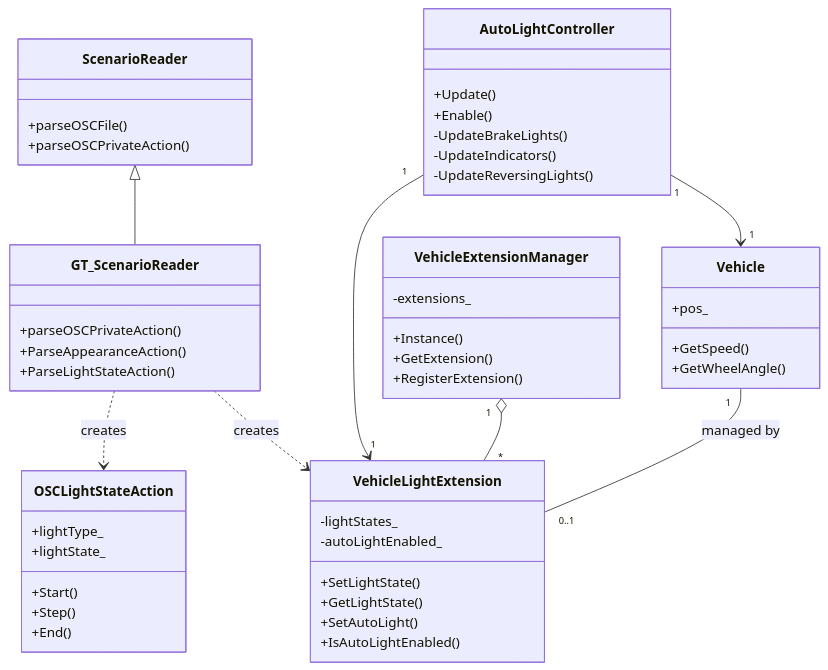
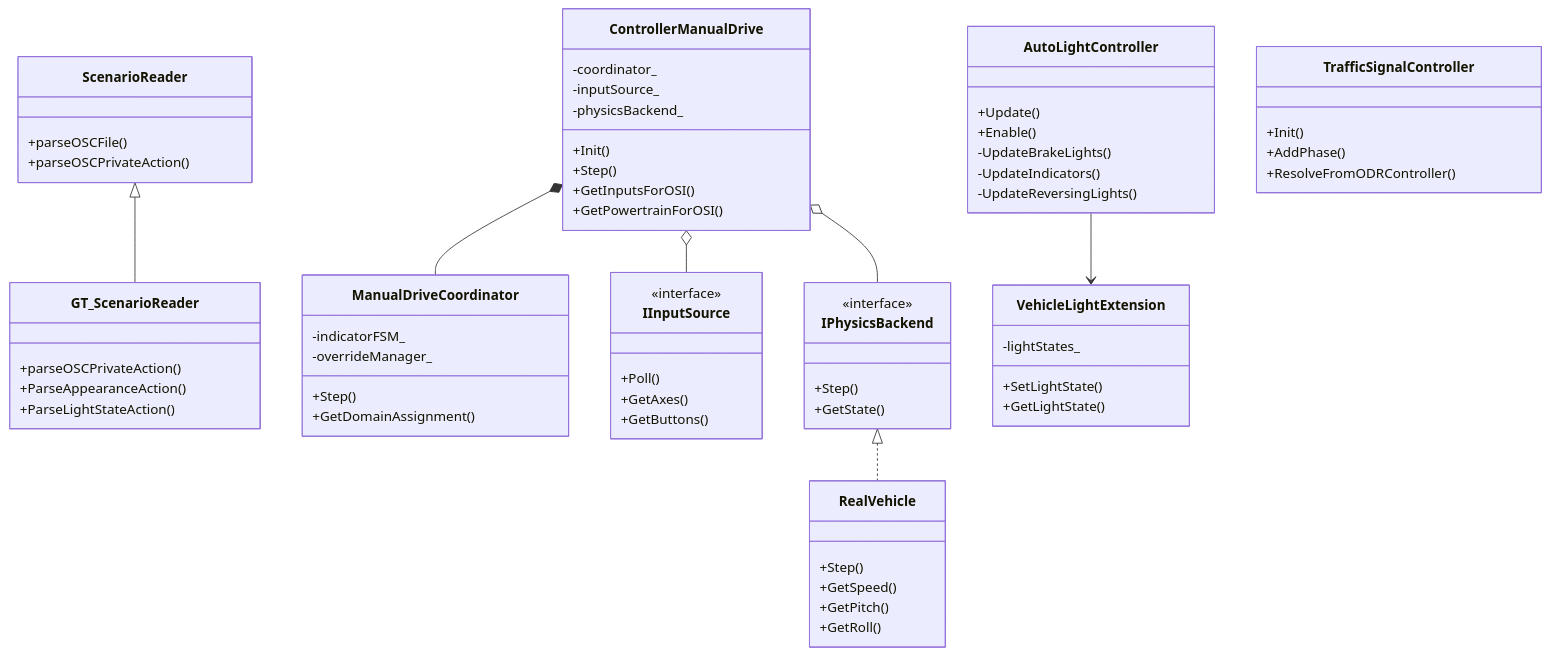
One commit to GT-karny/esmini changed the diagram in GT_esmini/docs/reference/architecture.md. Above: the diagram before and after it, drawn with Mermaid. The commit also changed other lines of this file and 8 other files, not shown here.

````diff
--- a/GT_esmini/docs/reference/architecture.md
+++ b/GT_esmini/docs/reference/architecture.md
@@ -145,59 +183,77 @@
 ```mermaid
 classDiagram
     class ScenarioReader {
         +parseOSCFile()
         +parseOSCPrivateAction()
     }
-    
+
     class GT_ScenarioReader {
         +parseOSCPrivateAction()
         +ParseAppearanceAction()
         +ParseLightStateAction()
     }
-    
-    class Vehicle {
+
+    class ControllerManualDrive {
+        +Init()
+        +Step()
+        +GetInputsForOSI()
+        +GetPowertrainForOSI()
+        -coordinator_
+        -inputSource_
+        -physicsBackend_
+    }
+
+    class ManualDriveCoordinator {
+        +Step()
+        +GetDomainAssignment()
+        -indicatorFSM_
+        -overrideManager_
+    }
+
+    class IInputSource {
+        <<interface>>
+        +Poll()
+        +GetAxes()
+        +GetButtons()
+    }
+
+    class IPhysicsBackend {
+        <<interface>>
+        +Step()
+        +GetState()
+    }
+
+    class RealVehicle {
+        +Step()
         +GetSpeed()
-        +GetWheelAngle()
-        +pos_
+        +GetPitch()
+        +GetRoll()
     }
-    
-    class VehicleLightExtension {
-        +SetLightState()
-        +GetLightState()
-        +SetAutoLight()
-        +IsAutoLightEnabled()
-        -lightStates_
-        -autoLightEnabled_
-    }
-    
-    class VehicleExtensionManager {
-        +Instance()
-        +GetExtension()
-        +RegisterExtension()
-        -extensions_
-    }
-    
+
     class AutoLightController {
         +Update()
         +Enable()
         -UpdateBrakeLights()
         -UpdateIndicators()
         -UpdateReversingLights()
     }
-    
-    class OSCLightStateAction {
-        +Start()
-        +Step()
-        +End()
-        +lightType_
-        +lightState_
+
+    class VehicleLightExtension {
+        +SetLightState()
+        +GetLightState()
+        -lightStates_
     }
-    
+
+    class TrafficSignalController {
+        +Init()
+        +AddPhase()
+        +ResolveFromODRController()
+    }
+
     ScenarioReader <|-- GT_ScenarioReader
-    Vehicle "1" -- "0..1" VehicleLightExtension : managed by
-    VehicleExtensionManager "1" o-- "*" VehicleLightExtension
-    AutoLightController "1" --> "1" VehicleLightExtension
-    AutoLightController "1" --> "1" Vehicle
-    GT_ScenarioReader ..> OSCLightStateAction : creates
-    GT_ScenarioReader ..> VehicleLightExtension : creates
+    ControllerManualDrive *-- ManualDriveCoordinator
+    ControllerManualDrive o-- IInputSource
+    ControllerManualDrive o-- IPhysicsBackend
+    IPhysicsBackend <|.. RealVehicle
+    AutoLightController --> VehicleLightExtension
 ```
````
